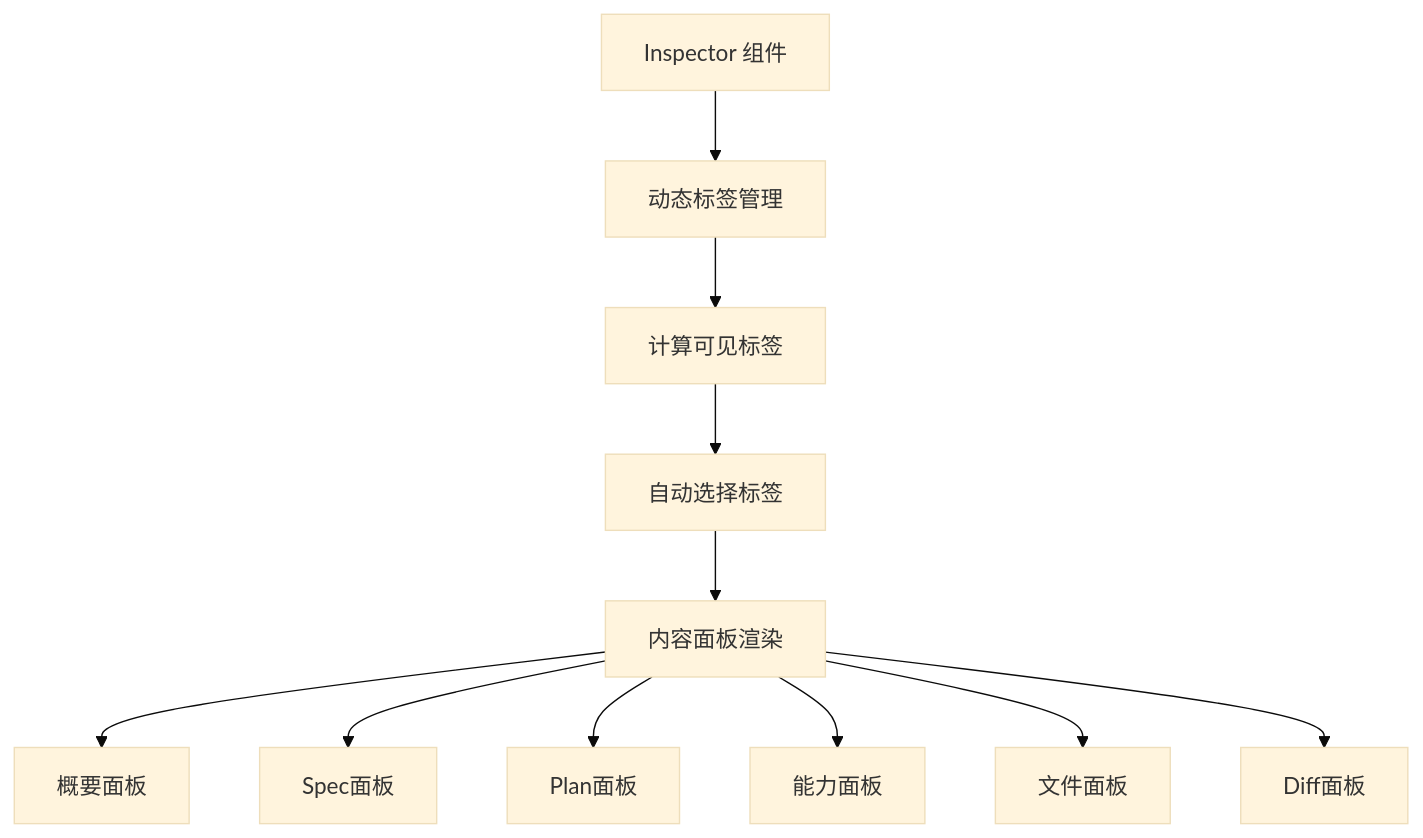
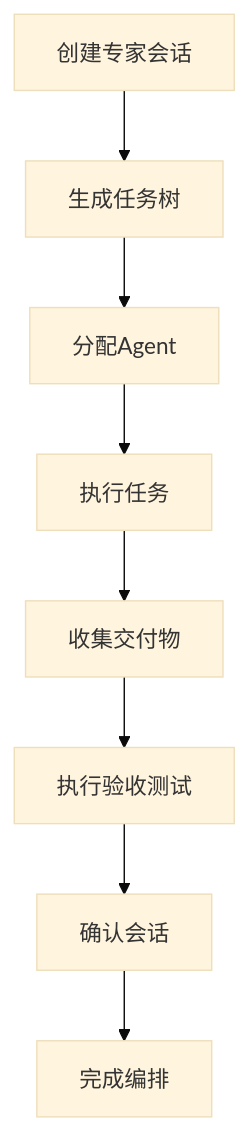
Before and after one commit to coconilu/RepoHelm: the ninth of 22 diagrams in .qoder/repowiki/zh/content/Web 前端应用/Web 前端应用.md, drawn with Mermaid (base theme). The commit also changed other lines of this file and 14 other files, not shown here.

````diff
--- a/.qoder/repowiki/zh/content/Web 前端应用/Web 前端应用.md
+++ b/.qoder/repowiki/zh/content/Web 前端应用/Web 前端应用.md
@@ -490,13 +568,10 @@
 ```mermaid
 flowchart TD
-Inspector["Inspector 组件"] --> DynamicTabs["动态标签管理"]
-DynamicTabs --> VisibleTabs["计算可见标签"]
-VisibleTabs --> AutoSelect["自动选择标签"]
-AutoSelect --> ContentPanels["内容面板渲染"]
-ContentPanels --> Overview["概要面板"]
-ContentPanels --> Spec["Spec面板"]
-ContentPanels --> Plan["Plan面板"]
-ContentPanels --> Capabilities["能力面板"]
-ContentPanels --> Files["文件面板"]
-ContentPanels --> Diff["Diff面板"]
+CreateSession["创建专家会话"] --> PlanTasks["生成任务树"]
+PlanTasks --> AssignAgents["分配Agent"]
+AssignAgents --> ExecuteTasks["执行任务"]
+ExecuteTasks --> CollectArtifacts["收集交付物"]
+CollectArtifacts --> RunTests["执行验收测试"]
+RunTests --> ConfirmSession["确认会话"]
+ConfirmSession --> Complete["完成编排"]
 ```
````
